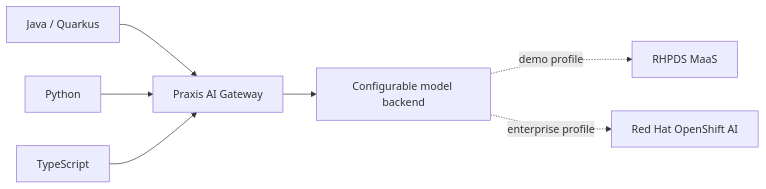
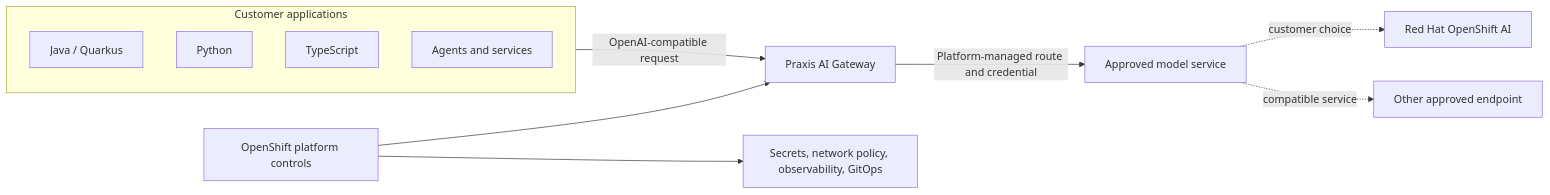
One commit to jkershawrh/praxis-lab changed the diagram in README.md. Above: the diagram before and after it, drawn with Mermaid. The commit also changed other lines of this file and 1 other file, not shown here.

Commit message:
docs: make Praxis lab README customer focused

````diff
--- a/README.md
+++ b/README.md
@@ -27,9 +38,17 @@
 ```mermaid
 flowchart LR
-    J[Java / Quarkus] --> P[Praxis AI Gateway]
-    Y[Python] --> P
-    T[TypeScript] --> P
-    P --> B[Configurable model backend]
-    B -. demo profile .-> M[RHPDS MaaS]
-    B -. enterprise profile .-> O[Red Hat OpenShift AI]
+    subgraph Apps[Customer applications]
+        J[Java / Quarkus]
+        Y[Python]
+        T[TypeScript]
+        A[Agents and services]
+    end
+
+    Apps -->|OpenAI-compatible request| G[Praxis AI Gateway]
+    G -->|Platform-managed route and credential| B[Approved model service]
+    B -. customer choice .-> O[Red Hat OpenShift AI]
+    B -. compatible service .-> C[Other approved endpoint]
+
+    P[OpenShift platform controls] --> G
+    P --> S[Secrets, network policy, observability, GitOps]
 ```
````
